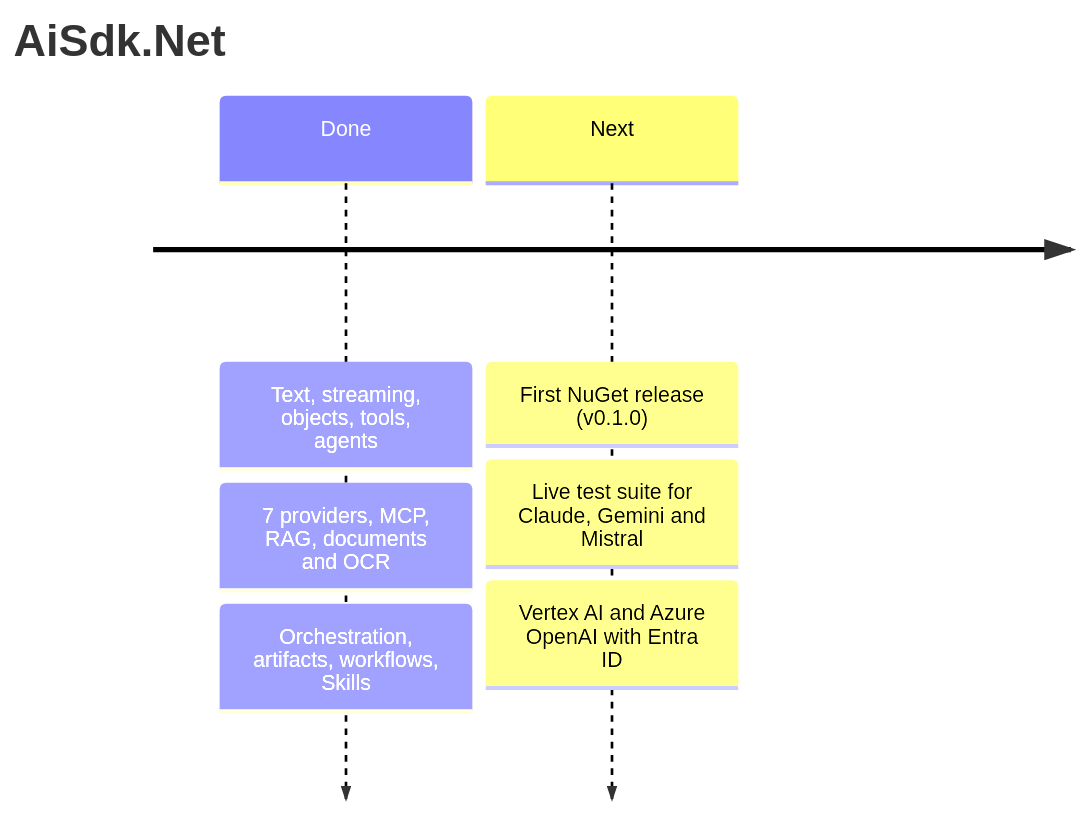
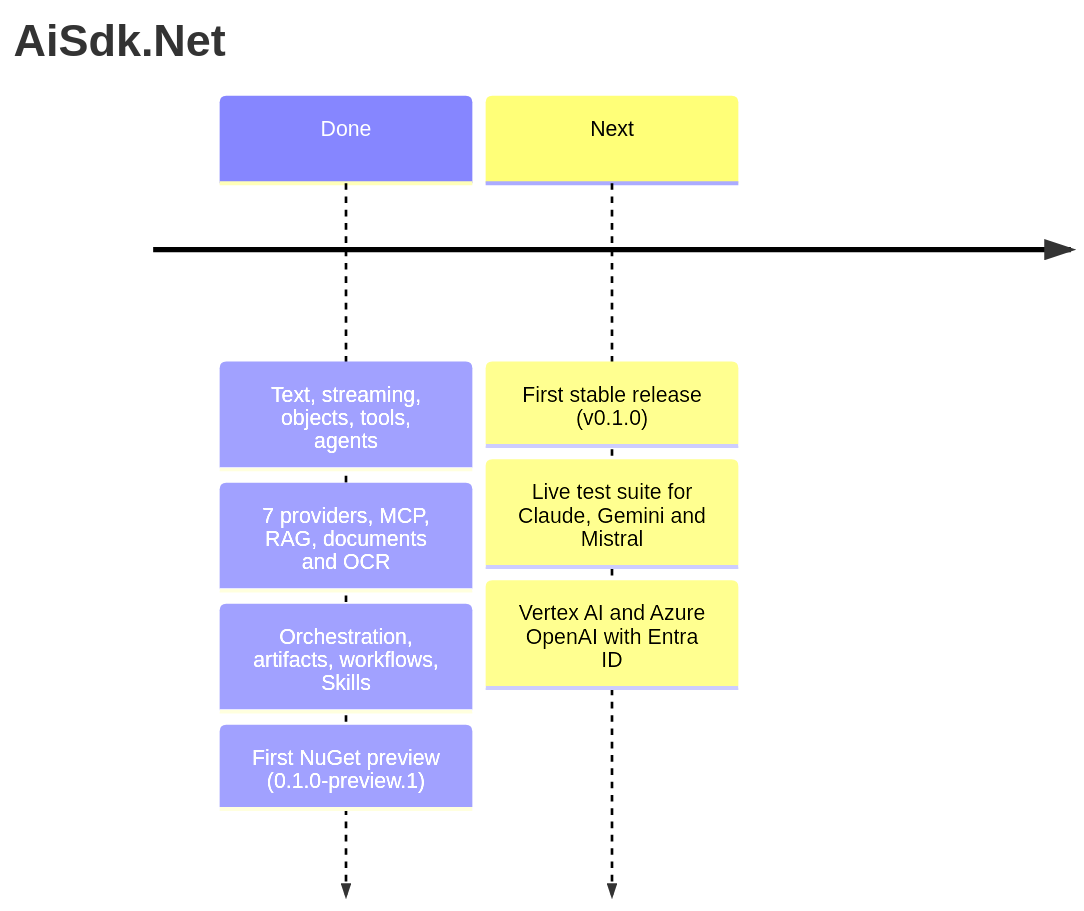
One commit to bluesmilecl/AiSdk.Net changed the diagram in README.md. Above: the diagram before and after it, drawn with Mermaid. The commit also changed other lines of this file and 5 other files, not shown here.

````diff
--- a/README.md
+++ b/README.md
@@ -170,10 +174,11 @@
 ```mermaid
 timeline
     title AiSdk.Net
     Done : Text, streaming, objects, tools, agents
          : 7 providers, MCP, RAG, documents and OCR
          : Orchestration, artifacts, workflows, Skills
-    Next : First NuGet release (v0.1.0)
+         : First NuGet preview (0.1.0-preview.1)
+    Next : First stable release (v0.1.0)
          : Live test suite for Claude, Gemini and Mistral
          : Vertex AI and Azure OpenAI with Entra ID
 ```
````
